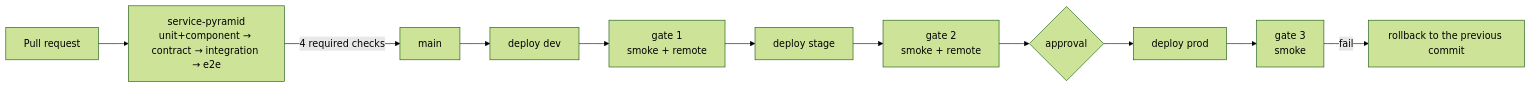
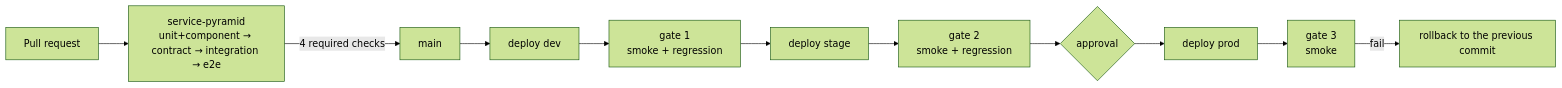
Before and after one commit to denisspunk/loan-platform-qa-lab: the second of 2 diagrams in README.md, drawn with Mermaid (forest theme). The commit also changed other lines of this file and 9 other files, not shown here.

````diff
--- a/README.md
+++ b/README.md
@@ -104,9 +104,9 @@
 ```mermaid
 flowchart LR
     PR[Pull request] --> Pyramid[service-pyramid<br/>unit+component → contract → integration → e2e]
     Pyramid -->|4 required checks| Main[main]
-    Main --> Dev[deploy dev] --> G1[gate 1<br/>smoke + remote]
-    G1 --> Stage[deploy stage] --> G2[gate 2<br/>smoke + remote]
+    Main --> Dev[deploy dev] --> G1[gate 1<br/>smoke + regression]
+    G1 --> Stage[deploy stage] --> G2[gate 2<br/>smoke + regression]
     G2 --> Approve{approval} --> Prod[deploy prod] --> G3[gate 3<br/>smoke]
     G3 -->|fail| Rollback[rollback to the previous commit]
 ```
````
